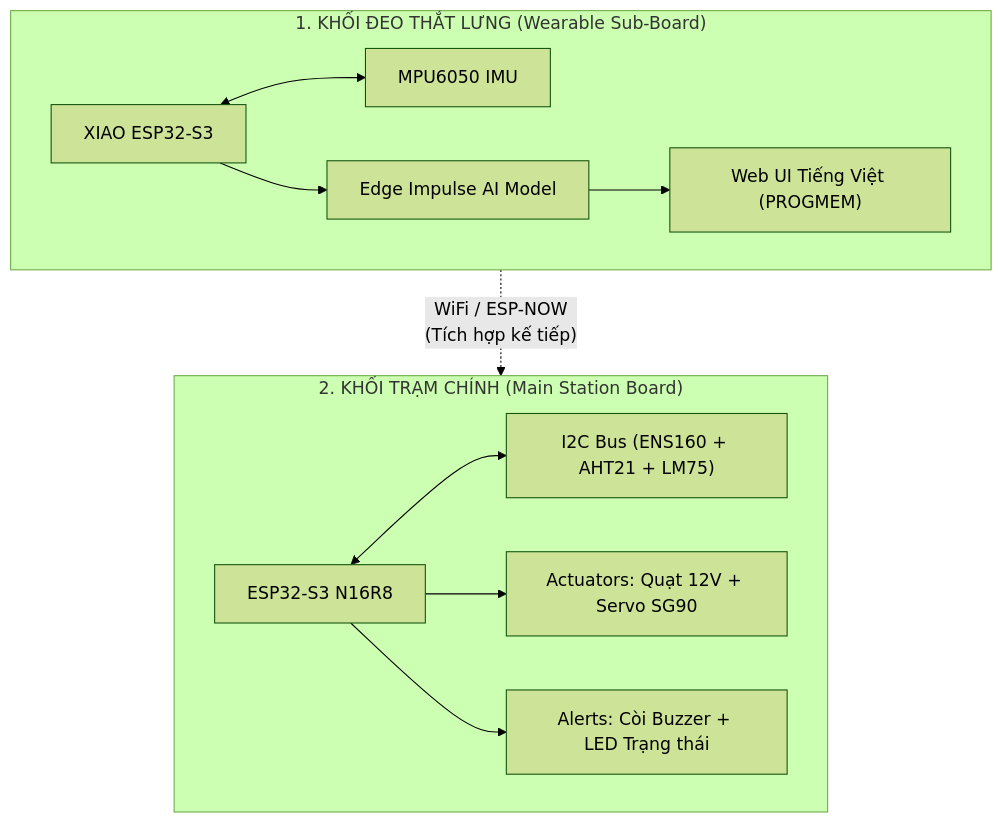
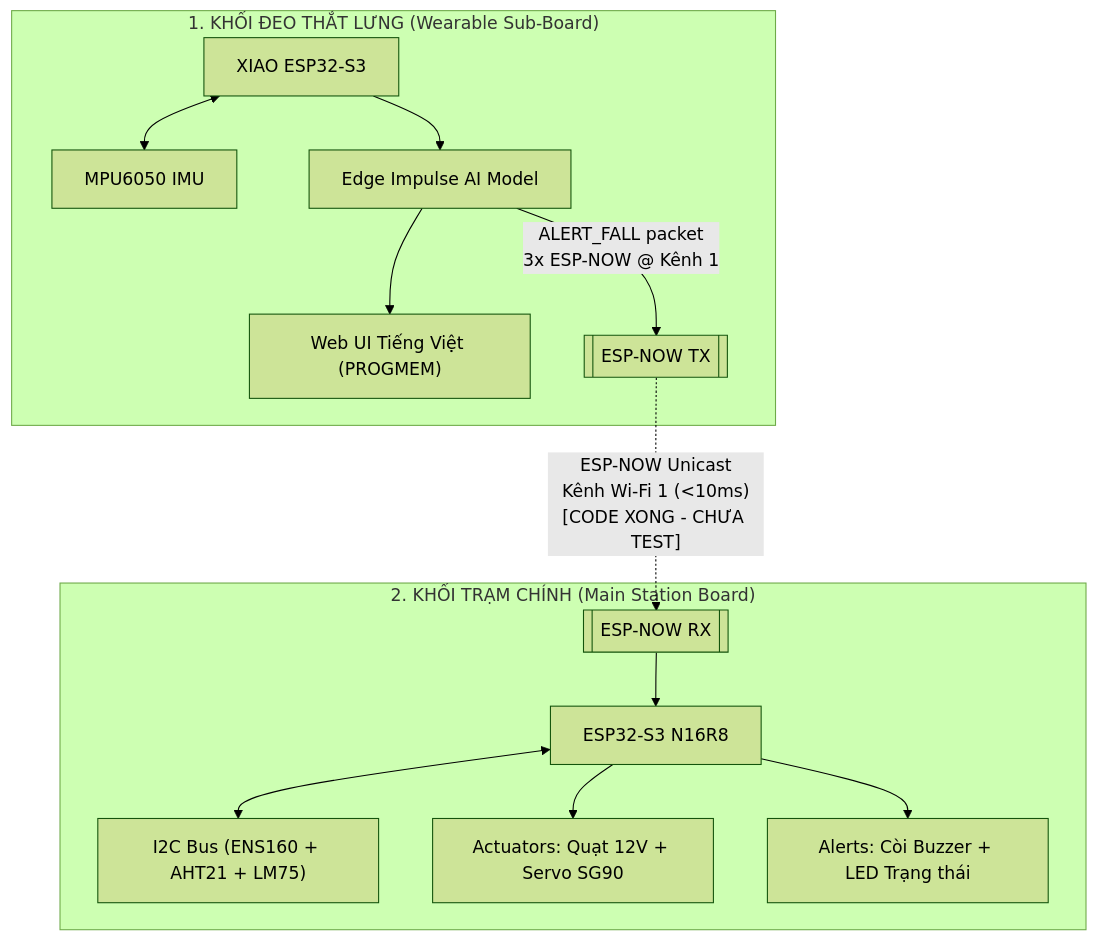
Before and after one commit to DKiet33/MAIN_PROJECT_THAYKIEN_MPU6050_XIAO: the first of 2 diagrams in README.md, drawn with Mermaid (forest theme). The commit also changed other lines of this file and 5 other files, not shown here.

````diff
--- a/README.md
+++ b/README.md
@@ -19,16 +19,18 @@
 ```mermaid
 flowchart TD
     subgraph Wearable["1. KHỐI ĐEO THẮT LƯNG (Wearable Sub-Board)"]
         A[XIAO ESP32-S3] <--> B[MPU6050 IMU]
         A --> C[Edge Impulse AI Model]
         C --> D["Web UI Tiếng Việt (PROGMEM)"]
+        C -->|"ALERT_FALL packet\n3x ESP-NOW @ Kênh 1"| E[["ESP-NOW TX"]]
     end
 
     subgraph Main["2. KHỐI TRẠM CHÍNH (Main Station Board)"]
-        E[ESP32-S3 N16R8] <--> F["I2C Bus (ENS160 + AHT21 + LM75)"]
-        E --> G[Actuators: Quạt 12V + Servo SG90]
-        E --> H[Alerts: Còi Buzzer + LED Trạng thái]
+        F[["ESP-NOW RX"]] --> G[ESP32-S3 N16R8]
+        G <--> H["I2C Bus (ENS160 + AHT21 + LM75)"]
+        G --> I[Actuators: Quạt 12V + Servo SG90]
+        G --> J[Alerts: Còi Buzzer + LED Trạng thái]
     end
 
-    Wearable -. "WiFi / ESP-NOW\n(Tích hợp kế tiếp)" .-> Main
+    E -. "ESP-NOW Unicast\nKênh Wi-Fi 1 (<10ms)\n[CODE XONG - CHƯA TEST]" .-> F
 ```
````
